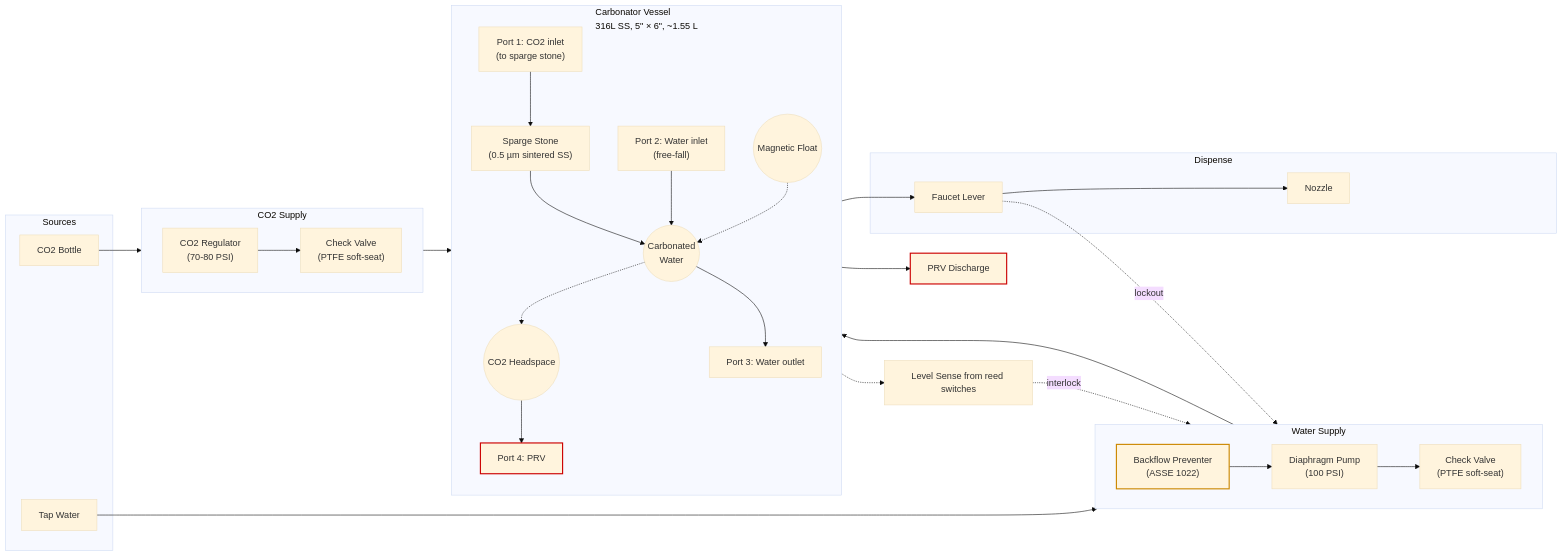
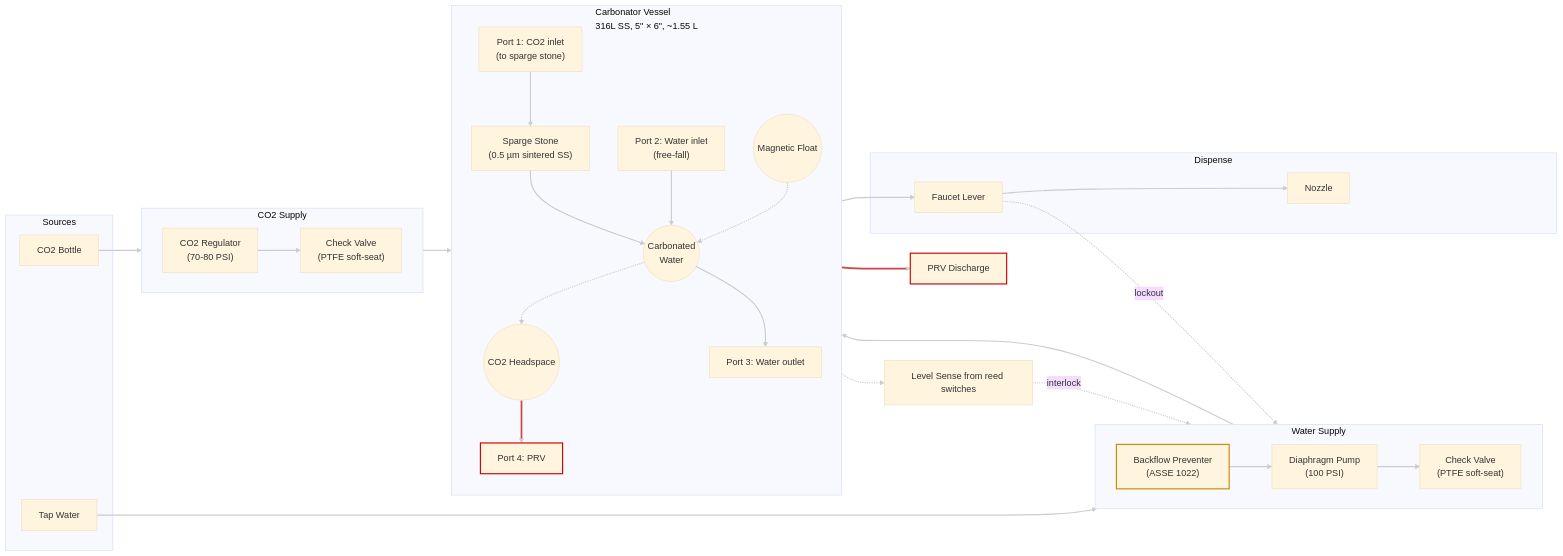
The diagram in hardware/topology/fluid-topology-carbonator.mmd (derekbreden/soda-flavor-injector), drawn with Mermaid (base theme) before and after one commit.

Commit message:
Style carbonator topology edges (white default, red safety path)
Add linkStyle default stroke:#ccc,stroke-width:2px so every edge is
readable against any background — replaces the invisible mermaid-default
pale blue. Override the two safety/pressure-relief edges (Headspace -> P4
and P4 -> PRVOut) to red 3px. Dashed (-.->) sensor/interlock edges keep
their dash pattern but inherit the visible white stroke.

```diff
--- a/hardware/topology/fluid-topology-carbonator.mmd
+++ b/hardware/topology/fluid-topology-carbonator.mmd
@@ -1,62 +1,68 @@
 flowchart LR
 
   subgraph Sources["Sources"]
     Tap["Tap Water"]
     CO2["CO2 Bottle"]
   end
 
   subgraph WaterSupply["Water Supply"]
     direction LR
     BFP["Backflow Preventer<br/>(ASSE 1022)"]
     PW["Diaphragm Pump<br/>(100 PSI)"]
     CV["Check Valve<br/>(PTFE soft-seat)"]
   end
 
   subgraph CO2Supply["CO2 Supply"]
     direction LR
     RegCO2["CO2 Regulator<br/>(70-80 PSI)"]
     CV_CO2["Check Valve<br/>(PTFE soft-seat)"]
   end
 
   subgraph Tank["Carbonator Vessel<br/>316L SS, 5&quot; × 6&quot;, ~1.55 L"]
     direction TB
 
     P4["Port 4: PRV"]
     P2["Port 2: Water inlet<br/>(free-fall)"]
     P1["Port 1: CO2 inlet<br/>(to sparge stone)"]
     P3["Port 3: Water outlet"]
 
     SpargeStone["Sparge Stone<br/>(0.5 µm sintered SS)"]
     Headspace(("CO2 Headspace"))
     Water(("Carbonated<br/>Water"))
     Float(("Magnetic Float"))
 
     P1 --> SpargeStone
     SpargeStone --> Water
     Water -.-> Headspace
     P2 --> Water
     Headspace --> P4
     Water --> P3
     Float -.-> Water
   end
 
   subgraph Dispense["Dispense"]
     Faucet["Faucet Lever"]
     Nozzle["Nozzle"]
   end
 
   PRVOut["PRV Discharge"]
   LevelSense["Level Sense from reed switches"]
 
   Tap --> BFP --> PW --> CV --> P2
   CO2 --> RegCO2 --> CV_CO2 --> P1
   P3 --> Faucet --> Nozzle
   P4 --> PRVOut
   Float -.-> LevelSense
   LevelSense -.interlock.-> PW
   Faucet -.lockout.-> PW
 
   classDef safety stroke:#c00,stroke-width:2px
   classDef code stroke:#c80,stroke-width:2px
   class P4,PRVOut safety
   class BFP code
+
+  %% Default link style: white solid, readable on any background.
+  linkStyle default stroke:#ccc,stroke-width:2px
+  %% Safety / pressure-relief path: red, thicker.
+  %% Indices: 4 = Headspace --> P4, 16 = P4 --> PRVOut.
+  linkStyle 4,16 stroke:#c44,stroke-width:3px
```
